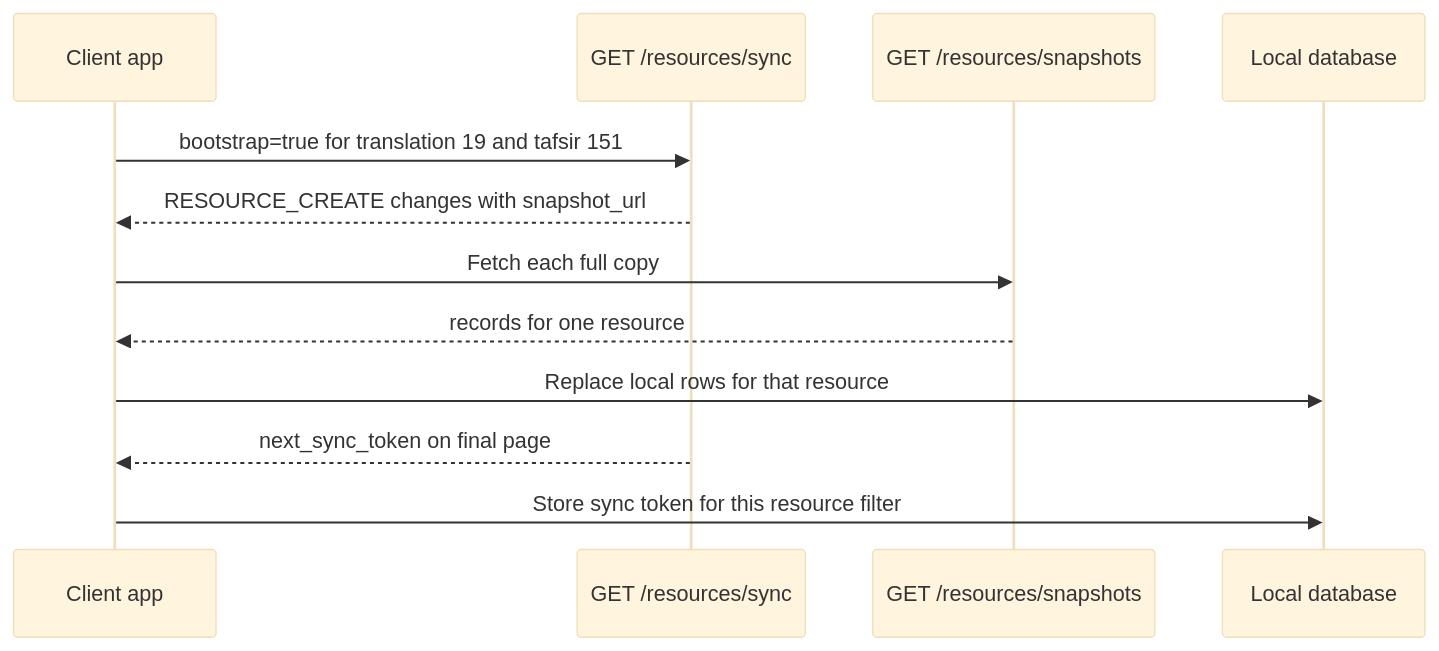
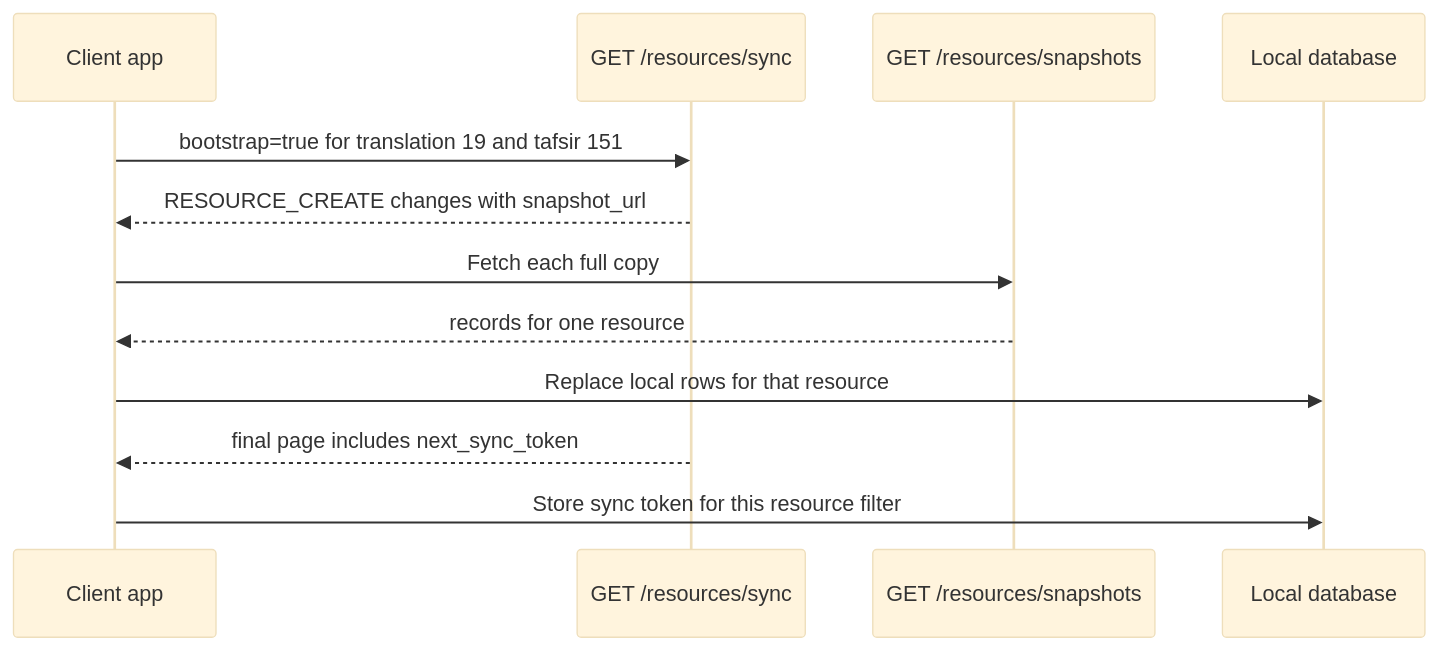
One commit to quran/qf-api-docs changed the first of 2 diagrams in docs/tutorials/content-sync/getting-started.mdx. Above: the diagram before and after it, drawn with Mermaid (base theme). The commit also changed other lines of this file, not shown here.

First line of the commit message:
[codex] Clarify content sync tutorial (#173)

````diff
--- a/docs/tutorials/content-sync/getting-started.mdx
+++ b/docs/tutorials/content-sync/getting-started.mdx
@@ -45,15 +48,15 @@
 ```mermaid
 sequenceDiagram
     participant App as Client app
     participant Sync as GET /resources/sync
     participant Snapshot as GET /resources/snapshots
     participant DB as Local database
 
     App->>Sync: bootstrap=true for translation 19 and tafsir 151
     Sync-->>App: RESOURCE_CREATE changes with snapshot_url
     App->>Snapshot: Fetch each full copy
     Snapshot-->>App: records for one resource
     App->>DB: Replace local rows for that resource
-    Sync-->>App: next_sync_token on final page
+    Sync-->>App: final page includes next_sync_token
     App->>DB: Store sync token for this resource filter
 ```
````
